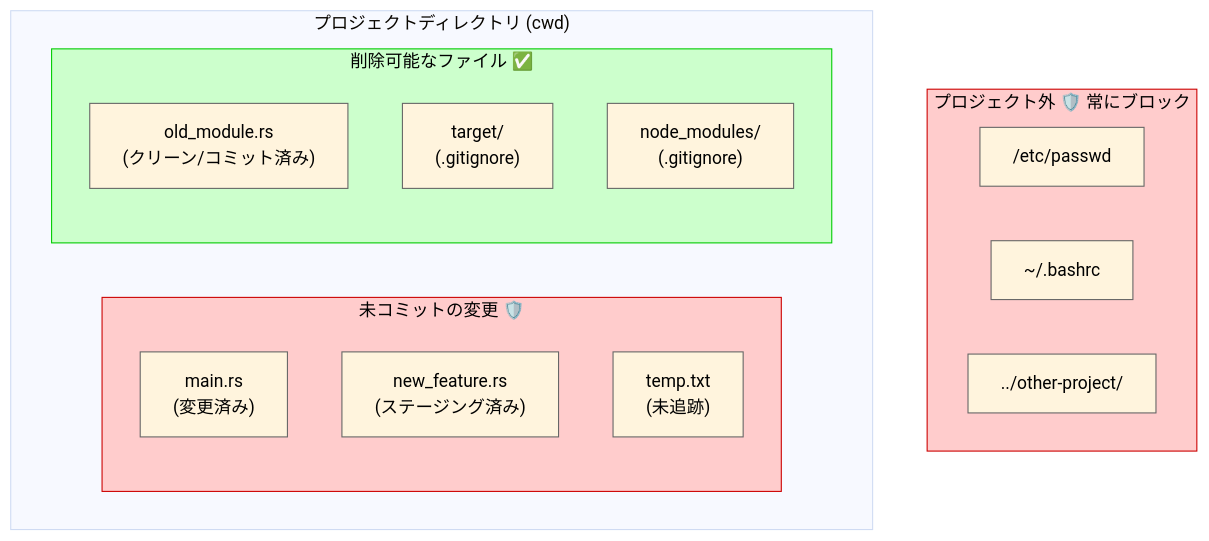
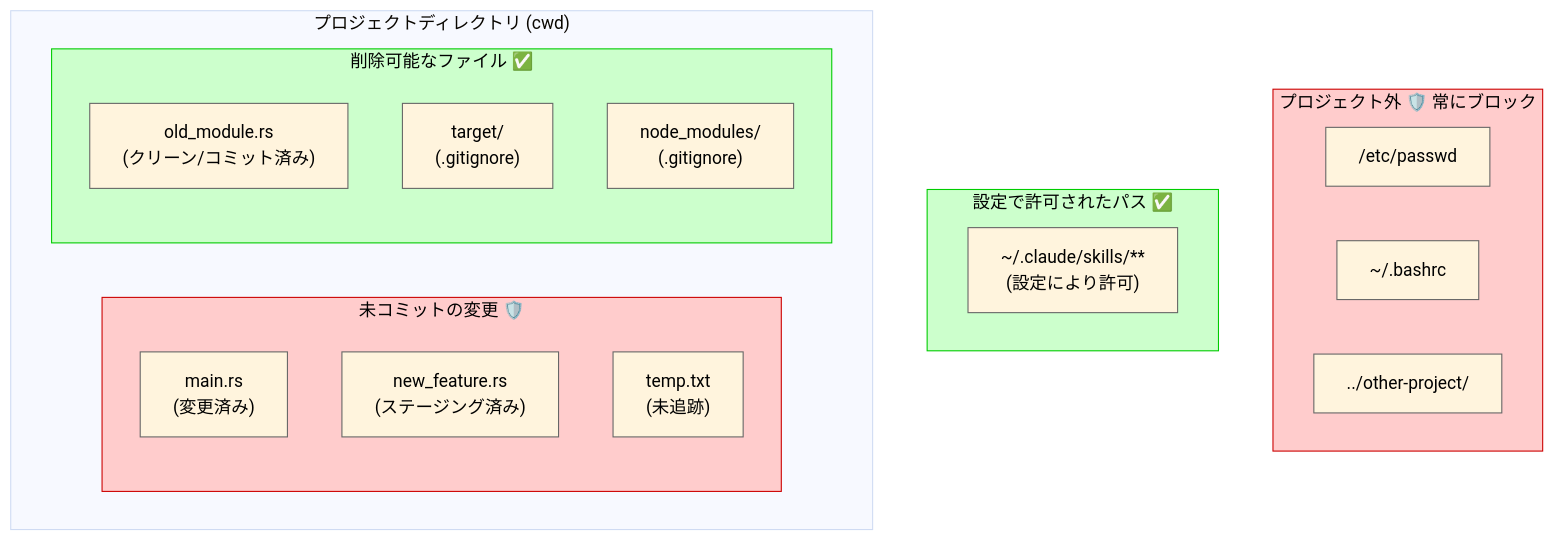
The second of 2 diagrams in README.ja.md (owayo/safe-rm), drawn with Mermaid before and after one commit. The commit also changed other lines of this file and 8 other files, not shown here.

````diff
--- a/README.ja.md
+++ b/README.ja.md
@@ -108,27 +173,32 @@
 ```mermaid
 %%{init: {'theme': 'base', 'themeVariables': { 'lineColor': '#666666', 'primaryTextColor': '#000000', 'primaryBorderColor': '#666666' }}}%%
 flowchart TB
     subgraph outside["プロジェクト外 🛡️ 常にブロック"]
         etc["/etc/passwd"]
         home["~/.bashrc"]
         other["../other-project/"]
+    end
+
+    subgraph allowed["設定で許可されたパス ✅"]
+        skills["~/.claude/skills/**<br/>(設定により許可)"]
     end
 
     subgraph project["プロジェクトディレクトリ (cwd)"]
         subgraph dirty["未コミットの変更 🛡️"]
             modified["main.rs<br/>(変更済み)"]
             staged["new_feature.rs<br/>(ステージング済み)"]
             untracked["temp.txt<br/>(未追跡)"]
         end
 
         subgraph deletable["削除可能なファイル ✅"]
             clean["old_module.rs<br/>(クリーン/コミット済み)"]
             ignored["target/<br/>(.gitignore)"]
             nodemod["node_modules/<br/>(.gitignore)"]
         end
     end
 
     style outside fill:#ffcccc,stroke:#cc0000,color:#000000
+    style allowed fill:#ccffcc,stroke:#00cc00,color:#000000
     style dirty fill:#ffcccc,stroke:#cc0000,color:#000000
     style deletable fill:#ccffcc,stroke:#00cc00,color:#000000
 ```
````
